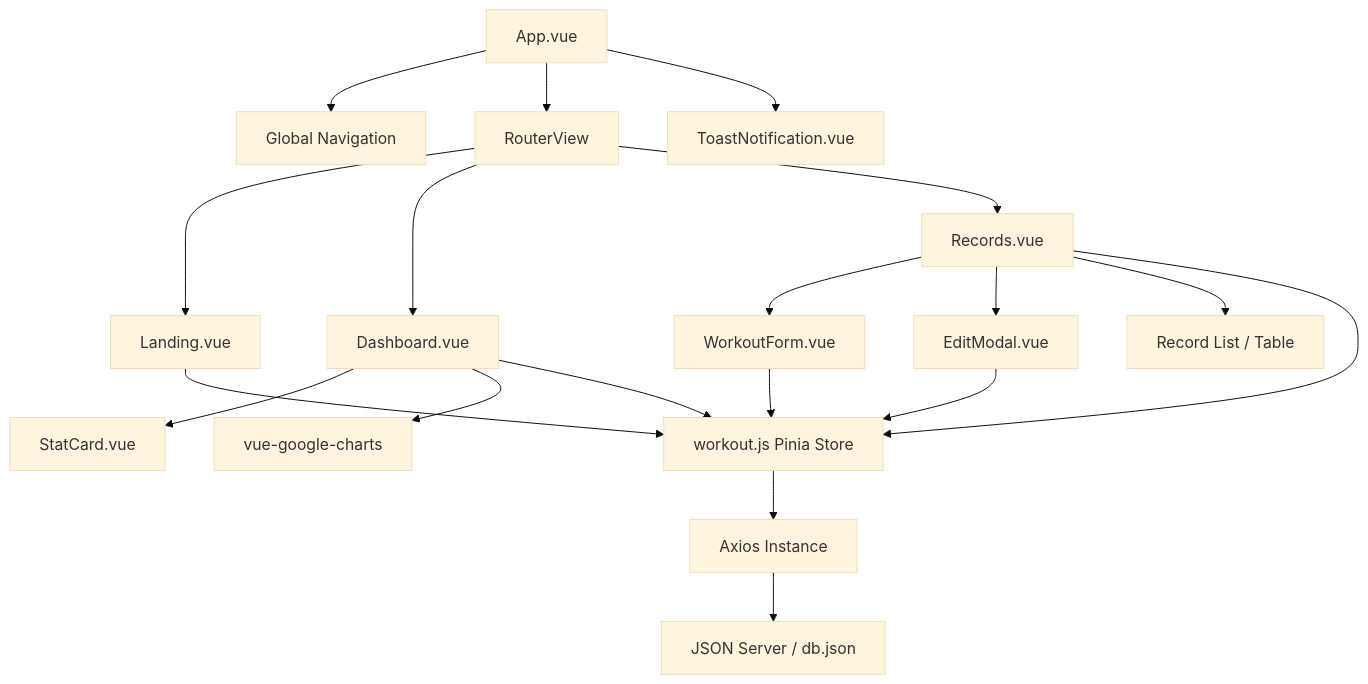
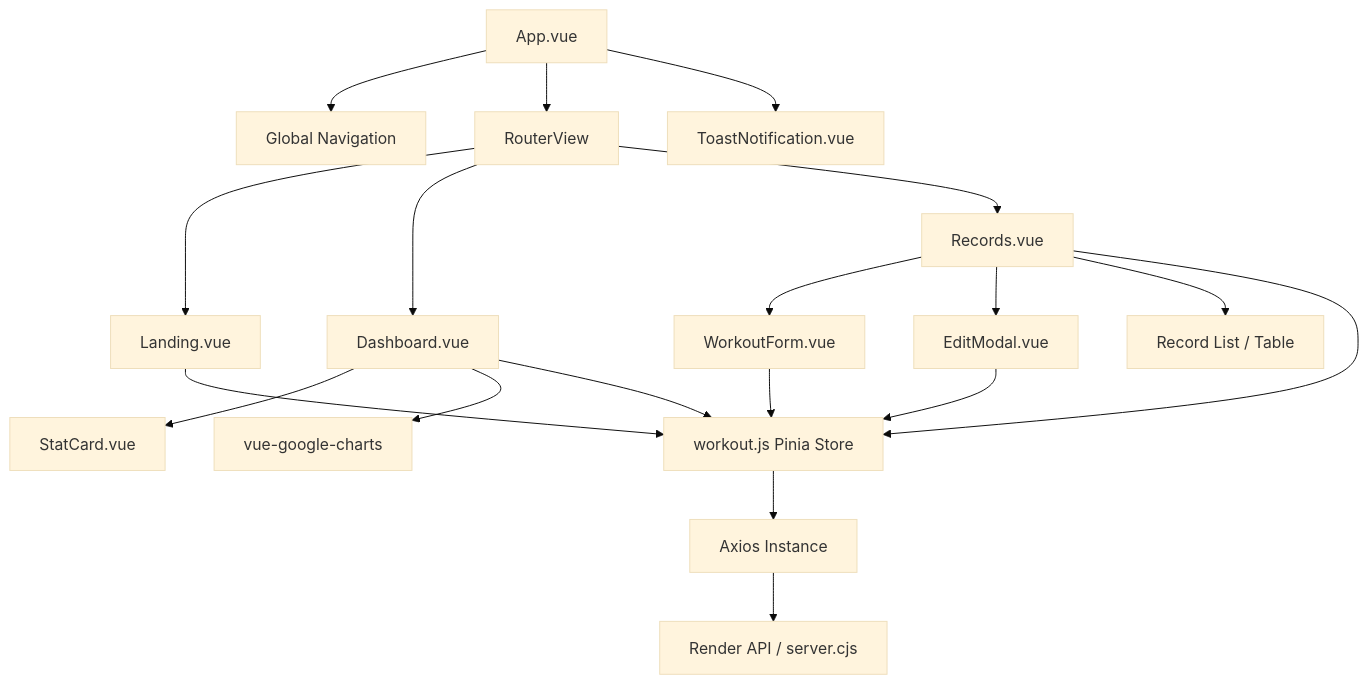
The third of 3 diagrams in README.md (mangojeong-dev/AI-lovable), drawn with Mermaid (base theme) before and after one commit. The commit also changed other lines of this file, not shown here.

Commit message:
docs: update README to reflect Vercel and Render deployment

````diff
--- a/README.md
+++ b/README.md
@@ -165,28 +167,28 @@
 ```mermaid
 graph TD
     App[App.vue]
 
     App --> Nav[Global Navigation]
     App --> RouterView[RouterView]
     App --> Toast[ToastNotification.vue]
 
     RouterView --> Landing[Landing.vue]
     RouterView --> Dashboard[Dashboard.vue]
     RouterView --> Records[Records.vue]
 
     Dashboard --> StatCard[StatCard.vue]
     Dashboard --> GChart[vue-google-charts]
 
     Records --> WorkoutForm[WorkoutForm.vue]
     Records --> EditModal[EditModal.vue]
     Records --> RecordTable[Record List / Table]
 
     WorkoutForm --> Store[workout.js Pinia Store]
     EditModal --> Store
     Landing --> Store
     Dashboard --> Store
     Records --> Store
 
     Store --> API[Axios Instance]
-    API --> Server[JSON Server / db.json]
+    API --> Server[Render API / server.cjs]
 ```
````
